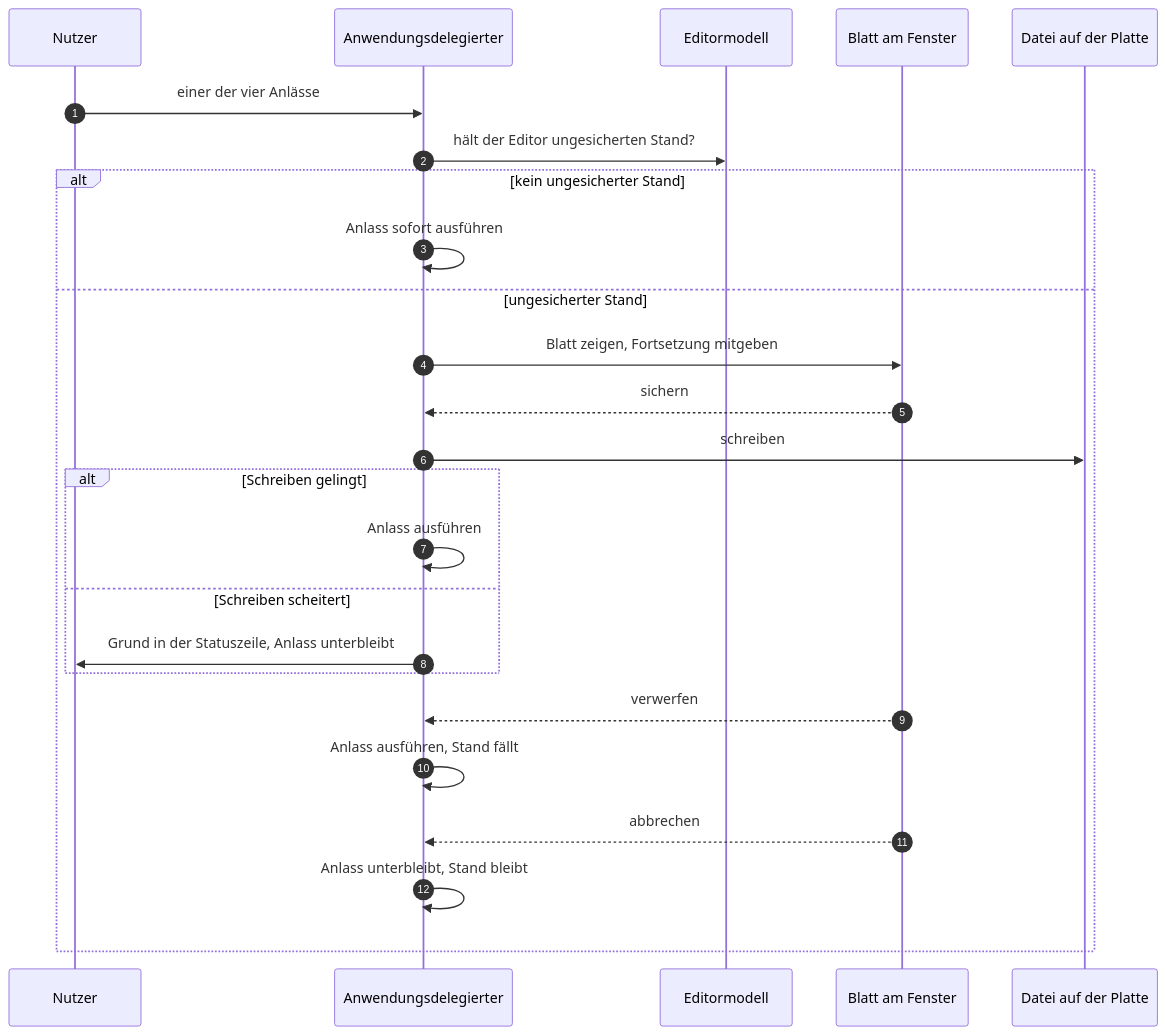
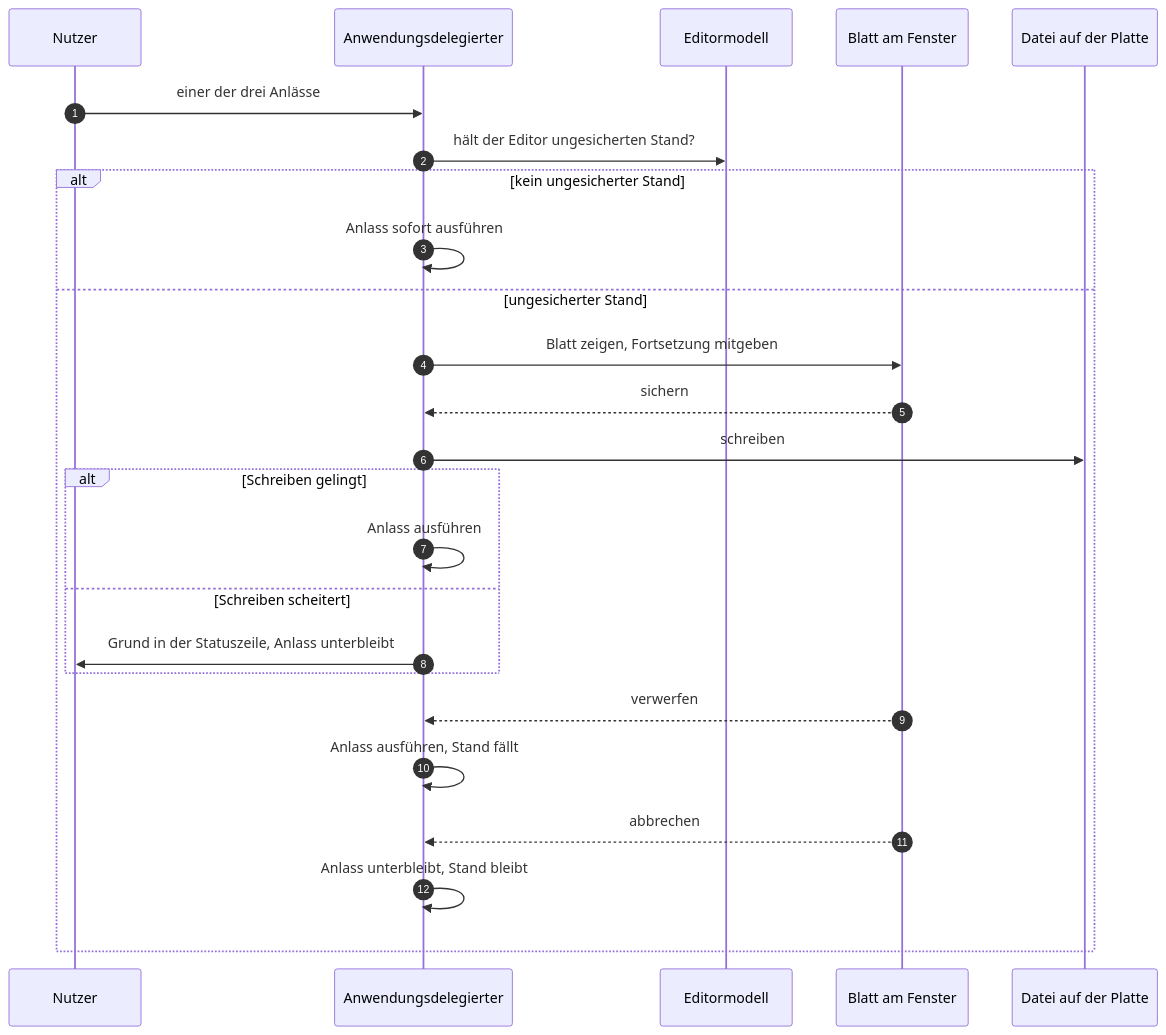
Before and after one commit to tenzoki/krk: the third of 6 diagrams in fusion-workbench/circles/260807-2116-eingebauter-editor-mit-textmarken/planning/260808-0140_o_plan-eingebauter-editor-mit-textmarken.md, drawn with Mermaid. The commit also changed other lines of this file and 8 other files, not shown here.

````diff
--- a/fusion-workbench/circles/260807-2116-eingebauter-editor-mit-textmarken/planning/260808-0140_o_plan-eingebauter-editor-mit-textmarken.md
+++ b/fusion-workbench/circles/260807-2116-eingebauter-editor-mit-textmarken/planning/260808-0140_o_plan-eingebauter-editor-mit-textmarken.md
@@ -317,28 +319,28 @@
 ```mermaid
 sequenceDiagram
   autonumber
   participant N as Nutzer
   participant A as Anwendungsdelegierter
   participant E as Editormodell
   participant B as Blatt am Fenster
   participant D as Datei auf der Platte
 
-  N->>A: einer der vier Anlässe
+  N->>A: einer der drei Anlässe
   A->>E: hält der Editor ungesicherten Stand?
   alt kein ungesicherter Stand
     A->>A: Anlass sofort ausführen
   else ungesicherter Stand
     A->>B: Blatt zeigen, Fortsetzung mitgeben
     B-->>A: sichern
     A->>D: schreiben
     alt Schreiben gelingt
       A->>A: Anlass ausführen
     else Schreiben scheitert
       A->>N: Grund in der Statuszeile, Anlass unterbleibt
     end
     B-->>A: verwerfen
     A->>A: Anlass ausführen, Stand fällt
     B-->>A: abbrechen
     A->>A: Anlass unterbleibt, Stand bleibt
   end
 ```
````
